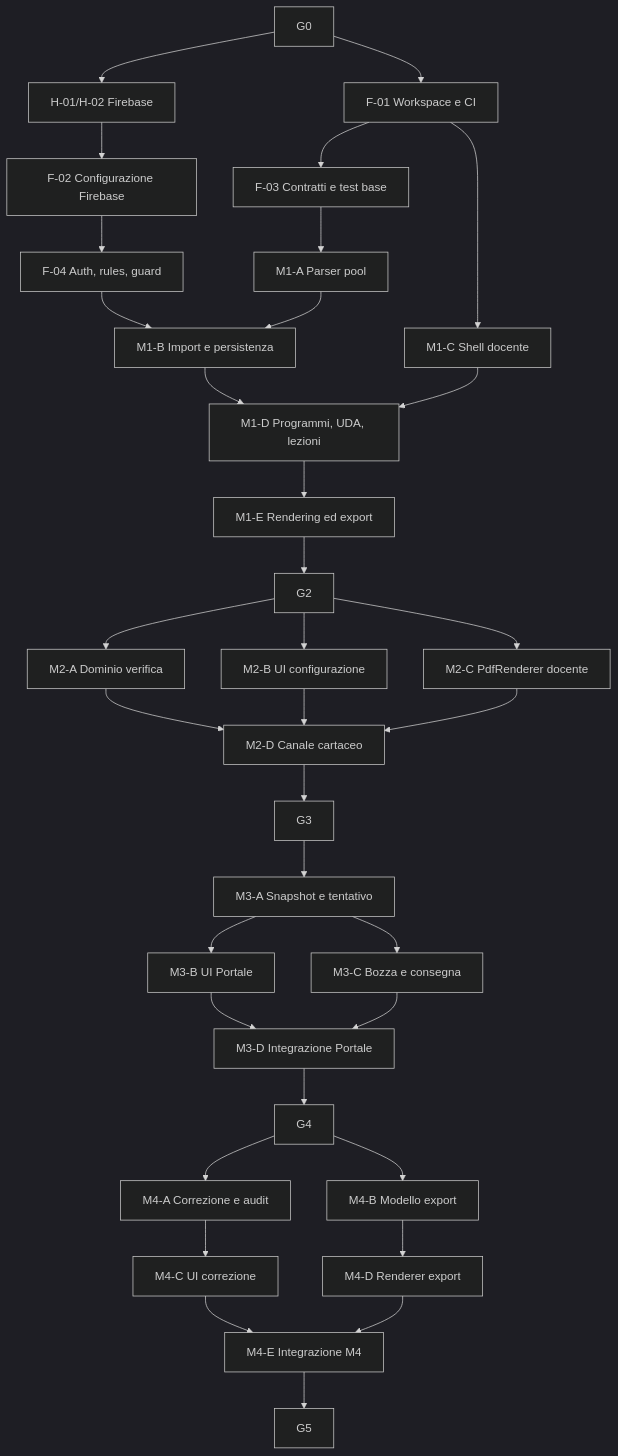
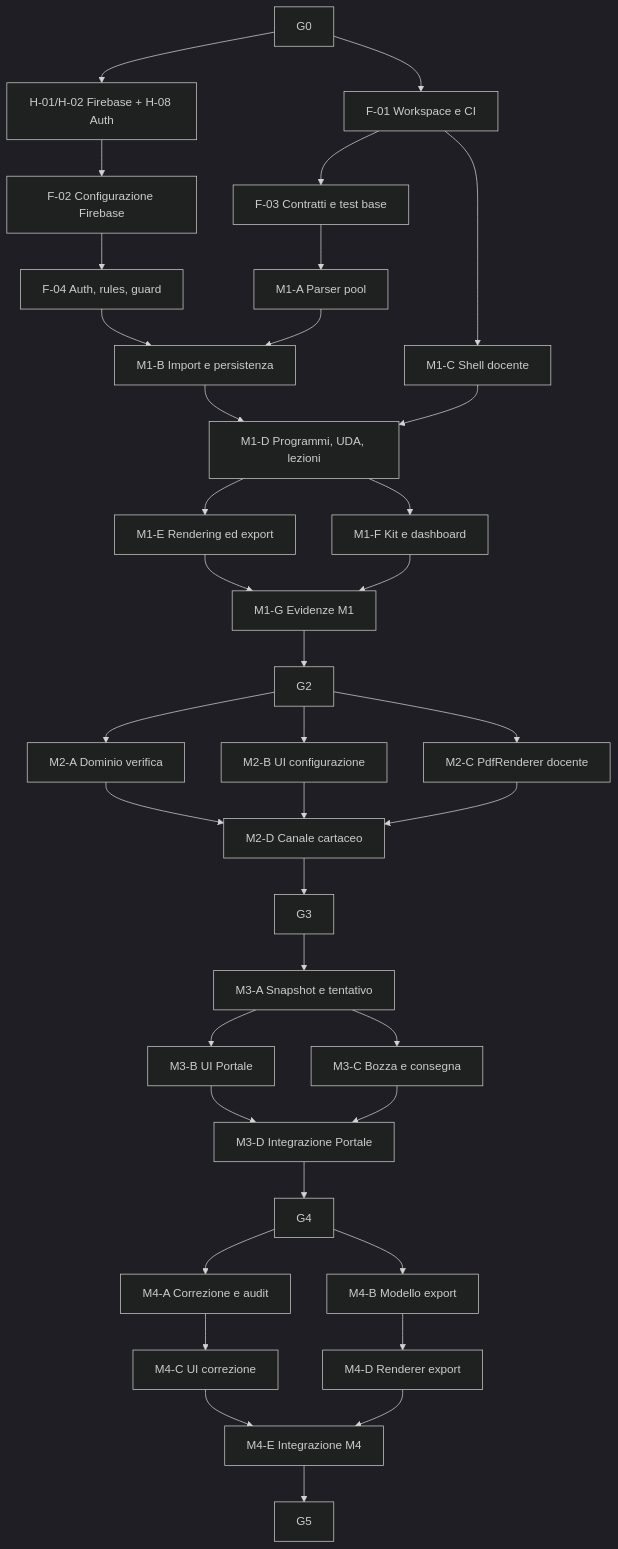
One commit to EnricoPaparo/SchoolForge changed the diagram in documentazione/piano-implementazione.md. Above: the diagram before and after it, drawn with Mermaid (dark theme). The commit also changed other lines of this file and 15 other files, not shown here.

````diff
--- a/documentazione/piano-implementazione.md
+++ b/documentazione/piano-implementazione.md
@@ -106,36 +107,39 @@
 ```mermaid
 flowchart TD
     G0 --> F1["F-01 Workspace e CI"]
-    G0 --> H1["H-01/H-02 Firebase"]
+    G0 --> H1["H-01/H-02 Firebase + H-08 Auth"]
     H1 --> F2["F-02 Configurazione Firebase"]
     F1 --> F3["F-03 Contratti e test base"]
     F2 --> F4["F-04 Auth, rules, guard"]
     F3 --> M1A["M1-A Parser pool"]
     F4 --> M1B["M1-B Import e persistenza"]
     M1A --> M1B
     F1 --> M1C["M1-C Shell docente"]
     M1B --> M1D["M1-D Programmi, UDA, lezioni"]
     M1C --> M1D
     M1D --> M1E["M1-E Rendering ed export"]
-    M1E --> G2
+    M1D --> M1F["M1-F Kit e dashboard"]
+    M1E --> M1G["M1-G Evidenze M1"]
+    M1F --> M1G
+    M1G --> G2
     G2 --> M2A["M2-A Dominio verifica"]
     G2 --> M2B["M2-B UI configurazione"]
     G2 --> M2C["M2-C PdfRenderer docente"]
     M2A --> M2D["M2-D Canale cartaceo"]
     M2B --> M2D
     M2C --> M2D
     M2D --> G3
     G3 --> M3A["M3-A Snapshot e tentativo"]
     M3A --> M3B["M3-B UI Portale"]
     M3A --> M3C["M3-C Bozza e consegna"]
     M3B --> M3D["M3-D Integrazione Portale"]
     M3C --> M3D
     M3D --> G4
     G4 --> M4A["M4-A Correzione e audit"]
     G4 --> M4B["M4-B Modello export"]
     M4A --> M4C["M4-C UI correzione"]
     M4B --> M4D["M4-D Renderer export"]
     M4C --> M4E["M4-E Integrazione M4"]
     M4D --> M4E
     M4E --> G5
 ```
````
